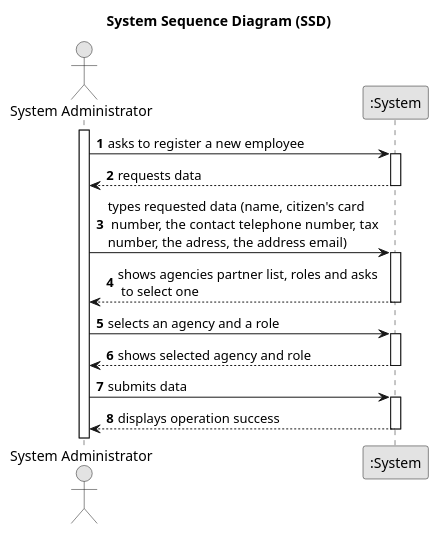
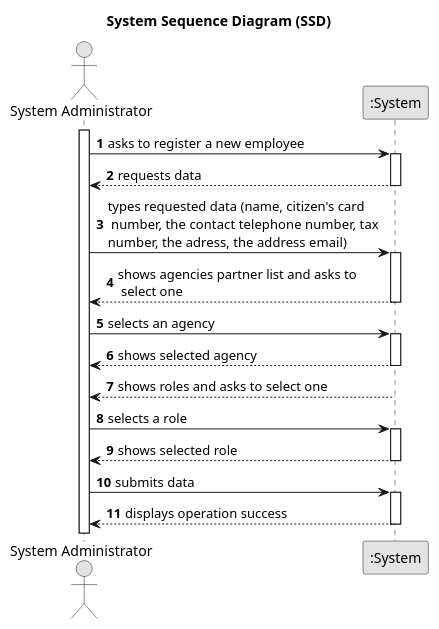
Before and after one commit to rita-barbosa/LAPR2-2223: the diagram in docs/sprintB/us003/01.requirements-engineering/puml/us003-system-sequence-diagram.puml, drawn with PlantUML. The commit also changed 2 other files, not shown here.

```diff
--- a/docs/sprintB/us003/01.requirements-engineering/puml/us003-system-sequence-diagram.puml
+++ b/docs/sprintB/us003/01.requirements-engineering/puml/us003-system-sequence-diagram.puml
@@ -1,39 +1,49 @@
 @startuml
 skinparam monochrome true
 skinparam packageStyle rectangle
 skinparam shadowing false
 
 title System Sequence Diagram (SSD)
 
 autonumber
 
 actor "System Administrator" as Employee
 participant ":System" as System
 
 activate Employee
 
     Employee -> System : asks to register a new employee
     activate System
 
         System --> Employee : requests data
     deactivate System
 
     Employee -> System : types requested data (name, citizen's card\n number, the contact telephone number, tax\nnumber, the adress, the address email)
     activate System
 
-        System --> Employee : shows agencies partner list, roles and asks \n to select one
+        System --> Employee : shows agencies partner list and asks to \n select one
     deactivate System
 
-    Employee -> System : selects an agency and a role
+    Employee -> System : selects an agency
     activate System
 
-        System --> Employee : shows selected agency and role
+    System --> Employee : shows selected agency
+        deactivate System
+
+    System --> Employee : shows roles and asks to select one
+        deactivate System
+
+    Employee -> System : selects a role
+            activate System
+
+
+        System --> Employee : shows selected role
     deactivate System
 
     Employee -> System : submits data
     activate System
 
         System --> Employee : displays operation success
     deactivate System
 
 @enduml
```
